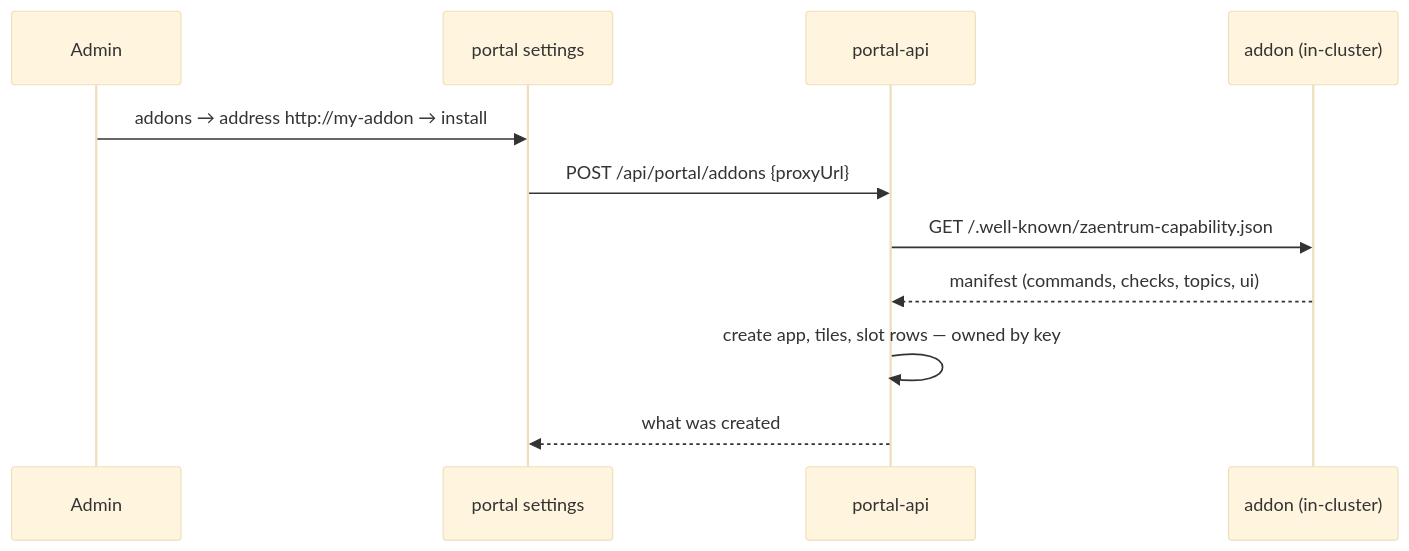
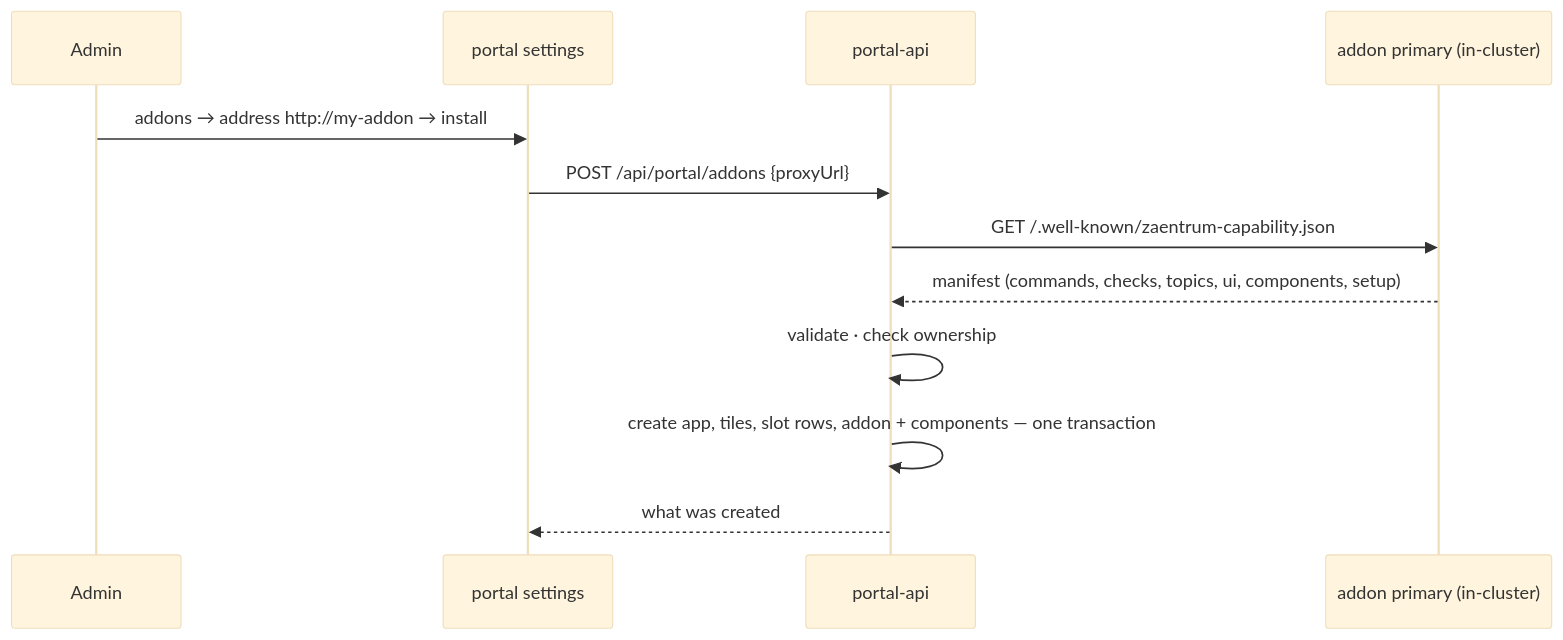
Before and after one commit to zaentrum/zaentrum: the diagram in docs/extending/installing.md, drawn with Mermaid (base theme). The commit also changed other lines of this file and 3 other files, not shown here.

````diff
--- a/docs/extending/installing.md
+++ b/docs/extending/installing.md
@@ -11,13 +13,14 @@
 ```mermaid
 sequenceDiagram
     participant Admin
     participant Settings as portal settings
     participant API as portal-api
-    participant Addon as addon (in-cluster)
+    participant Addon as addon primary (in-cluster)
     Admin->>Settings: addons → address http://my-addon → install
     Settings->>API: POST /api/portal/addons {proxyUrl}
     API->>Addon: GET /.well-known/zaentrum-capability.json
-    Addon-->>API: manifest (commands, checks, topics, ui)
-    API->>API: create app, tiles, slot rows — owned by key
+    Addon-->>API: manifest (commands, checks, topics, ui, components, setup)
+    API->>API: validate · check ownership
+    API->>API: create app, tiles, slot rows, addon + components — one transaction
     API-->>Settings: what was created
 ```
````
